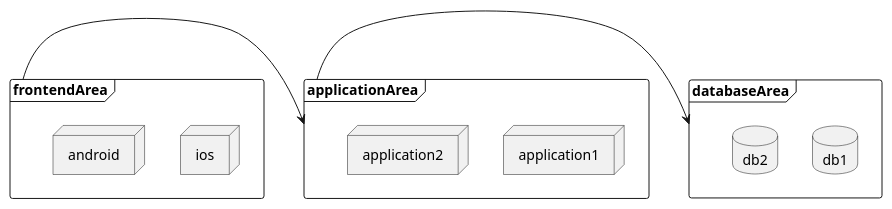
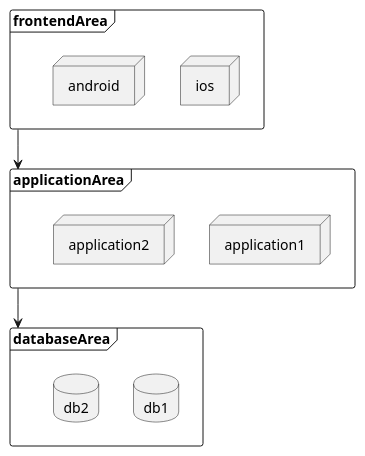
One commit to Wang-Ray/Wang-Ray.github.io changed the diagram in assets/plantuml/deploy-directApplicationArea.md. Above: the diagram before and after it, drawn with PlantUML. The commit also changed 2 other files, not shown here.

Commit message:
alter line style

````diff
--- a/assets/plantuml/deploy-directApplicationArea.md
+++ b/assets/plantuml/deploy-directApplicationArea.md
@@ -1,19 +1,19 @@
 ```plantuml
 @startuml
 frame frontendArea {
     node ios
     node android
 }
 frame applicationArea {
     node application1
     node application2
 }
 frame databaseArea {
     database db1
     database db2
 }
 
-frontendArea -> applicationArea
-applicationArea -> databaseArea
+frontendArea --> applicationArea
+applicationArea --> databaseArea
 @enduml
 ```
````
